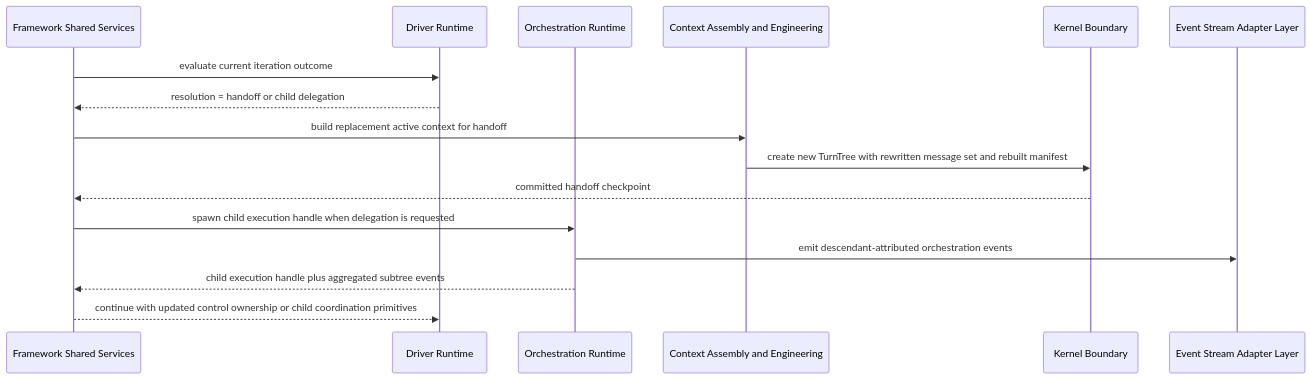
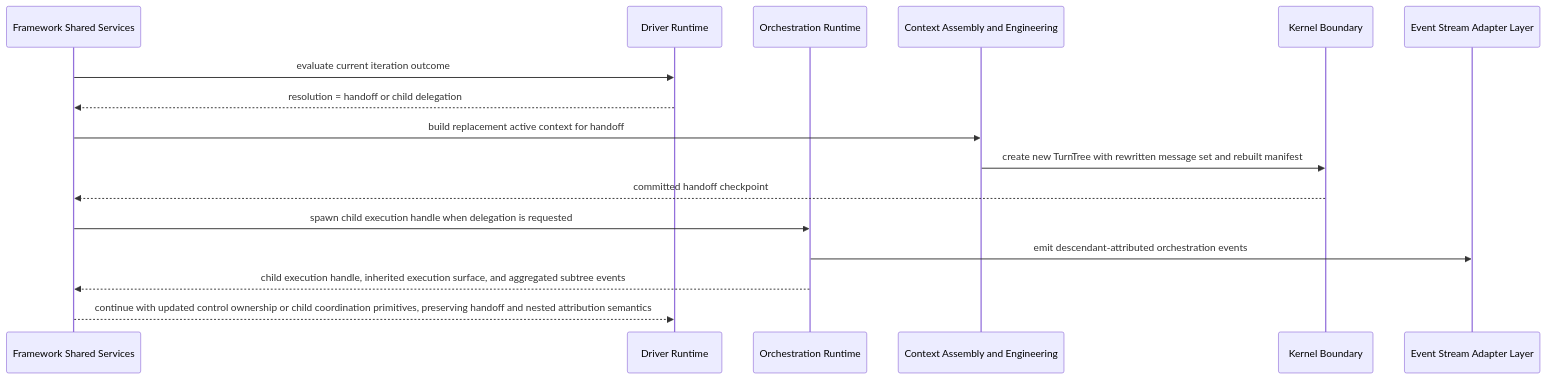
One commit to Tuvren/runtime changed the fifth of 8 diagrams in constitution/Architecture.md. Above: the diagram before and after it, drawn with Mermaid. The commit also changed other lines of this file and 4 other files, not shown here.

````diff
--- a/constitution/Architecture.md
+++ b/constitution/Architecture.md
@@ -407,19 +411,19 @@
 ```mermaid
 sequenceDiagram
 participant Framework as Framework Shared Services
 participant Driver as Driver Runtime
 participant Orch as Orchestration Runtime
 participant Context as Context Assembly and Engineering
 participant Kernel as Kernel Boundary
 participant Events as Event Stream Adapter Layer
 
 Framework->>Driver: evaluate current iteration outcome
 Driver-->>Framework: resolution = handoff or child delegation
 Framework->>Context: build replacement active context for handoff
 Context->>Kernel: create new TurnTree with rewritten message set and rebuilt manifest
 Kernel-->>Framework: committed handoff checkpoint
 Framework->>Orch: spawn child execution handle when delegation is requested
 Orch->>Events: emit descendant-attributed orchestration events
-Orch-->>Framework: child execution handle plus aggregated subtree events
-Framework-->>Driver: continue with updated control ownership or child coordination primitives
+Orch-->>Framework: child execution handle, inherited execution surface, and aggregated subtree events
+Framework-->>Driver: continue with updated control ownership or child coordination primitives, preserving handoff and nested attribution semantics
 ```
````
